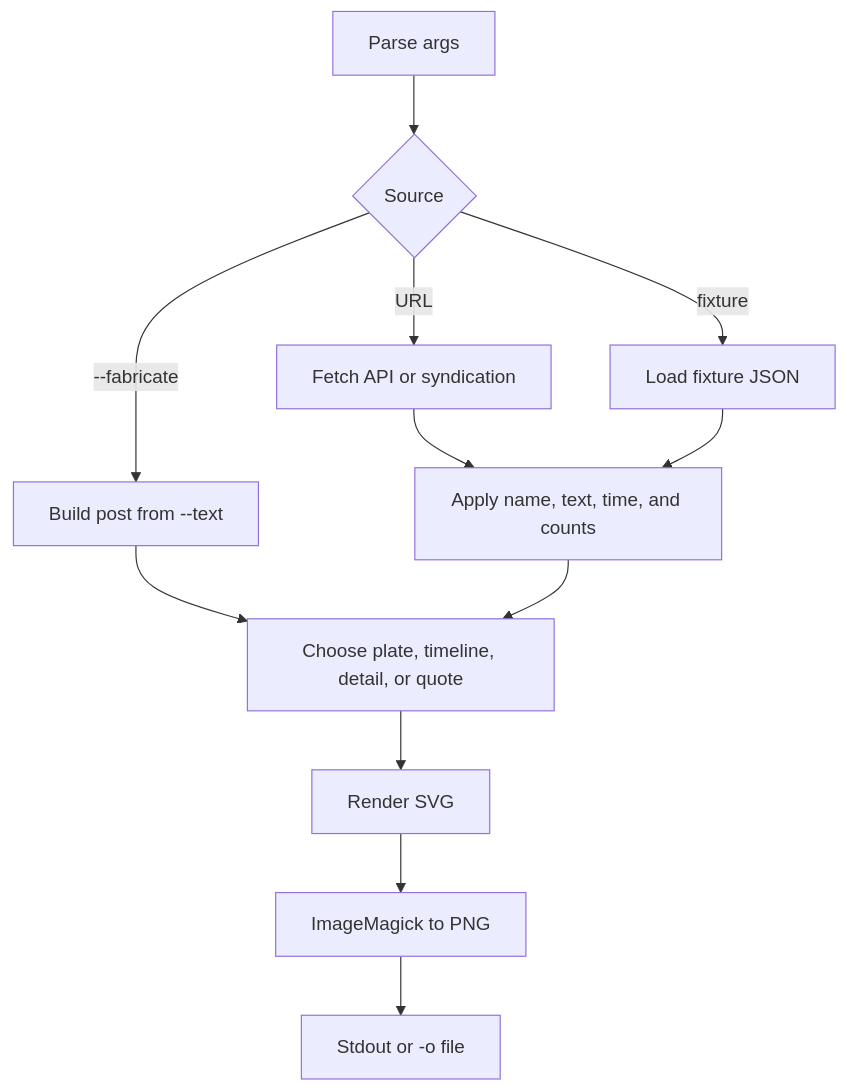
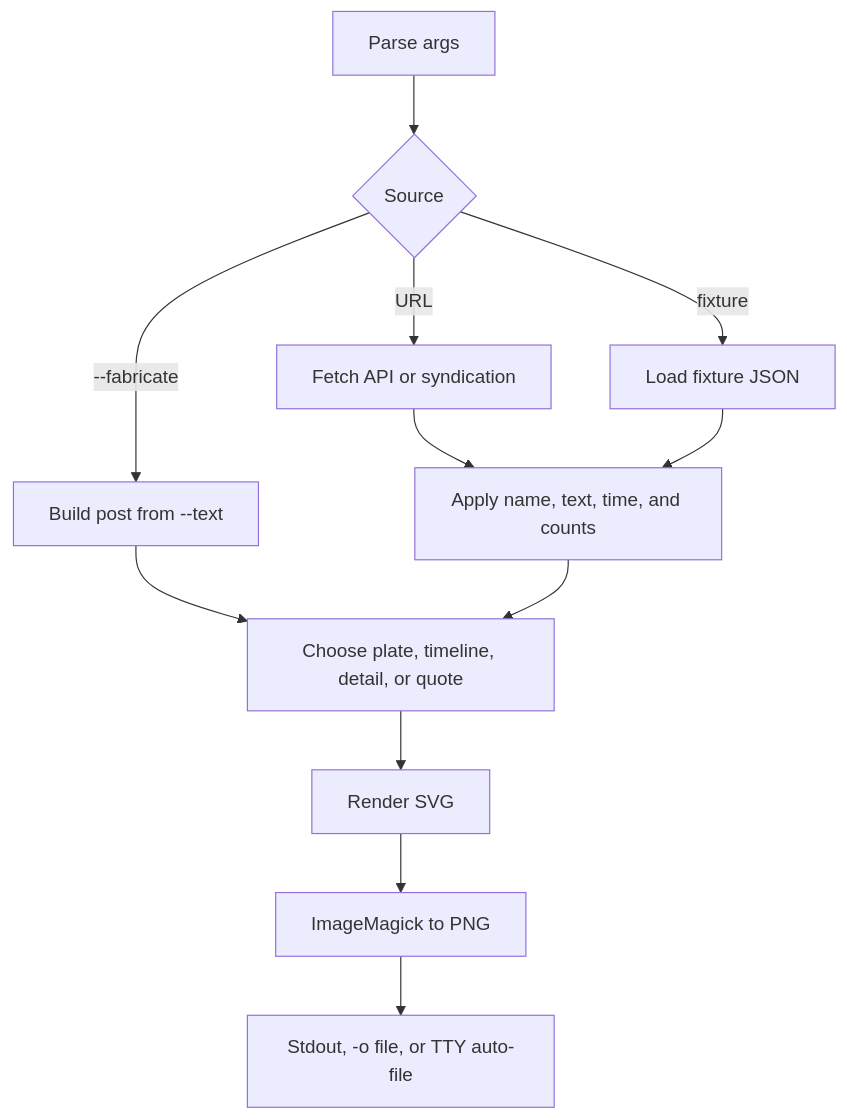
The diagram in docs/architecture.md (jspeaks/xpostplate), drawn with Mermaid before and after one commit. The commit also changed 10 other files, not shown here.

First line of the commit message:
feat: TTY auto-file PNG when no -o; docs post JSON; 0.9.24

````diff
--- a/docs/architecture.md
+++ b/docs/architecture.md
@@ -5,14 +5,14 @@
 ```mermaid
 flowchart TD
   args[Parse args] --> source{Source}
   source -->|URL| fetch[Fetch API or syndication]
   source -->|fixture| fixture[Load fixture JSON]
   source -->|--fabricate| made[Build post from --text]
   fetch --> overrides[Apply name, text, time, and counts]
   fixture --> overrides
   made --> view[Choose plate, timeline, detail, or quote]
   overrides --> view
   view --> svg[Render SVG]
   svg --> magick[ImageMagick to PNG]
-  magick --> out[Stdout or -o file]
+  magick --> out[Stdout, -o file, or TTY auto-file]
 ```
````
